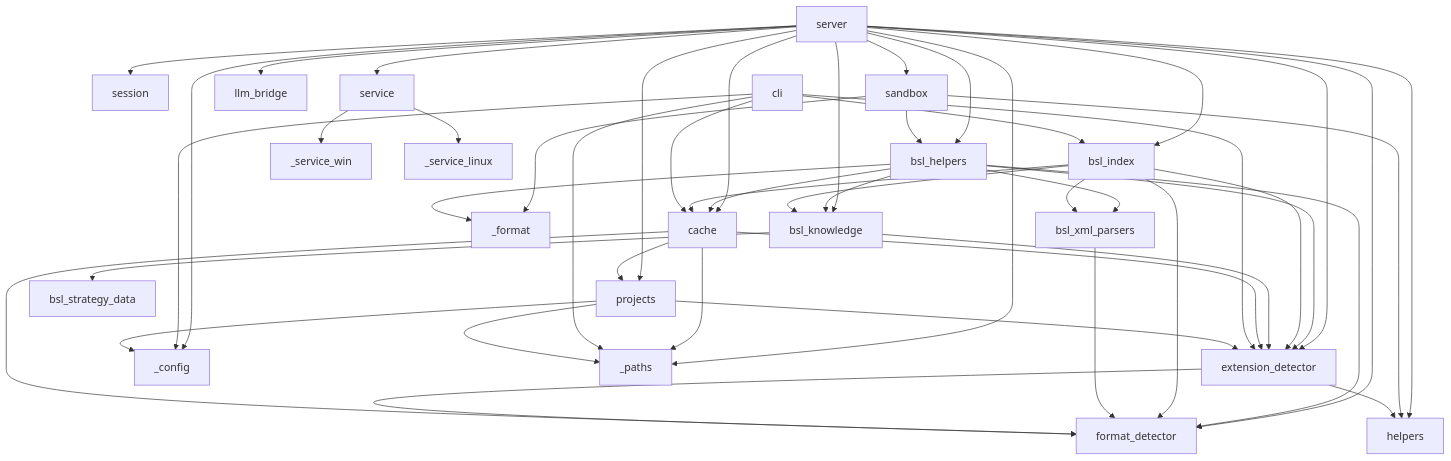
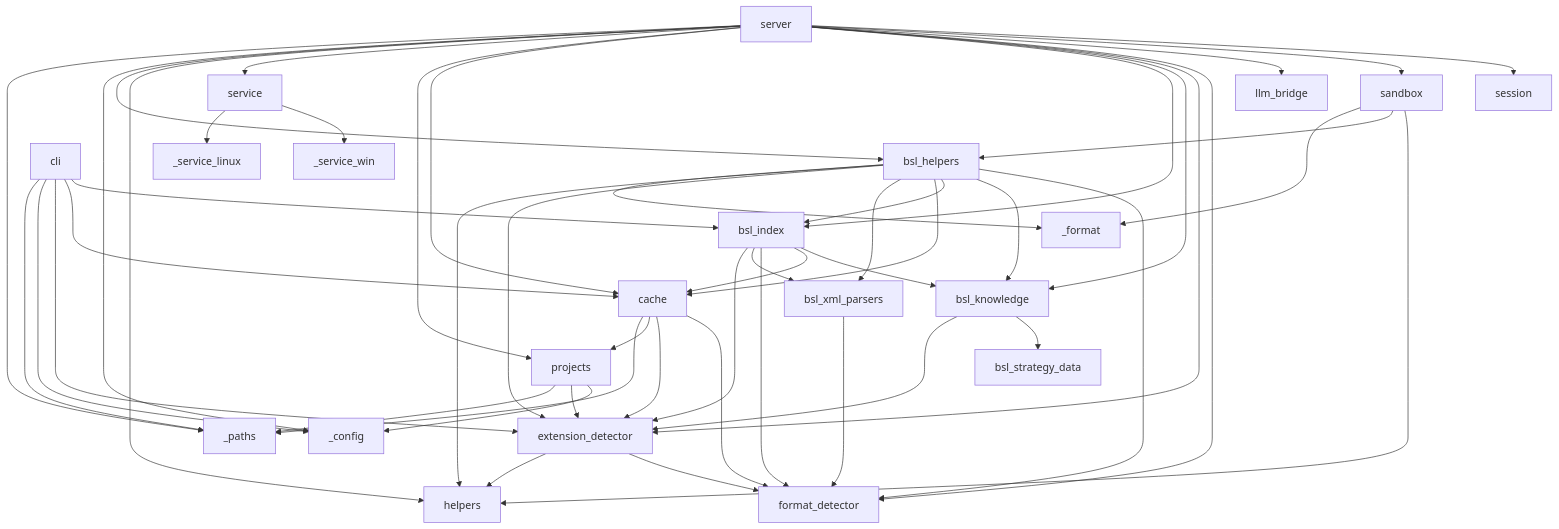
Before and after one commit to uskuklanov/rlm-tools-bsl: the diagram in docs/MODULE_MAP.md, drawn with Mermaid. The commit also changed other lines of this file and 16 other files, not shown here.

````diff
--- a/docs/MODULE_MAP.md
+++ b/docs/MODULE_MAP.md
@@ -42,60 +42,62 @@
 ```mermaid
 graph TD
     server --> session
     server --> sandbox
     server --> llm_bridge
     server --> format_detector
     server --> extension_detector
     server --> bsl_knowledge
     server --> bsl_index
     server --> cache
     server --> projects
     server --> service
     server --> helpers
     server --> bsl_helpers
     server --> _config
     server --> _paths
 
     sandbox --> helpers
     sandbox --> bsl_helpers
     sandbox --> _format
 
     bsl_helpers --> format_detector
     bsl_helpers --> bsl_knowledge
+    bsl_helpers --> bsl_index
     bsl_helpers --> cache
     bsl_helpers --> bsl_xml_parsers
     bsl_helpers --> extension_detector
+    bsl_helpers --> helpers
     bsl_helpers --> _format
 
     bsl_index --> bsl_knowledge
     bsl_index --> cache
     bsl_index --> format_detector
     bsl_index --> bsl_xml_parsers
     bsl_index --> extension_detector
 
     bsl_knowledge --> bsl_strategy_data
     bsl_knowledge --> extension_detector
 
     bsl_xml_parsers --> format_detector
 
     cache --> format_detector
     cache --> extension_detector
     cache --> projects
     cache --> _paths
 
     extension_detector --> format_detector
     extension_detector --> helpers
 
     cli --> bsl_index
     cli --> cache
     cli --> extension_detector
     cli --> _config
     cli --> _paths
 
     projects --> _config
     projects --> extension_detector
     projects --> _paths
 
     service --> _service_win
     service --> _service_linux
 ```
````
